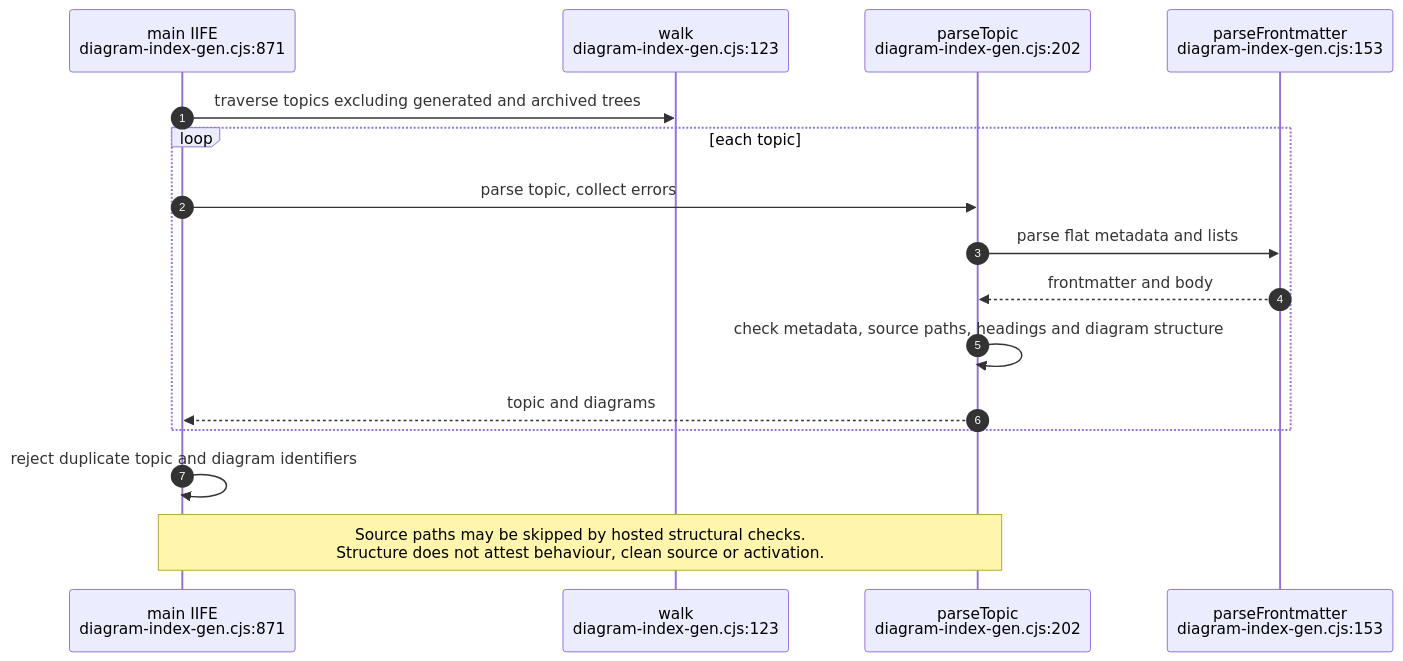
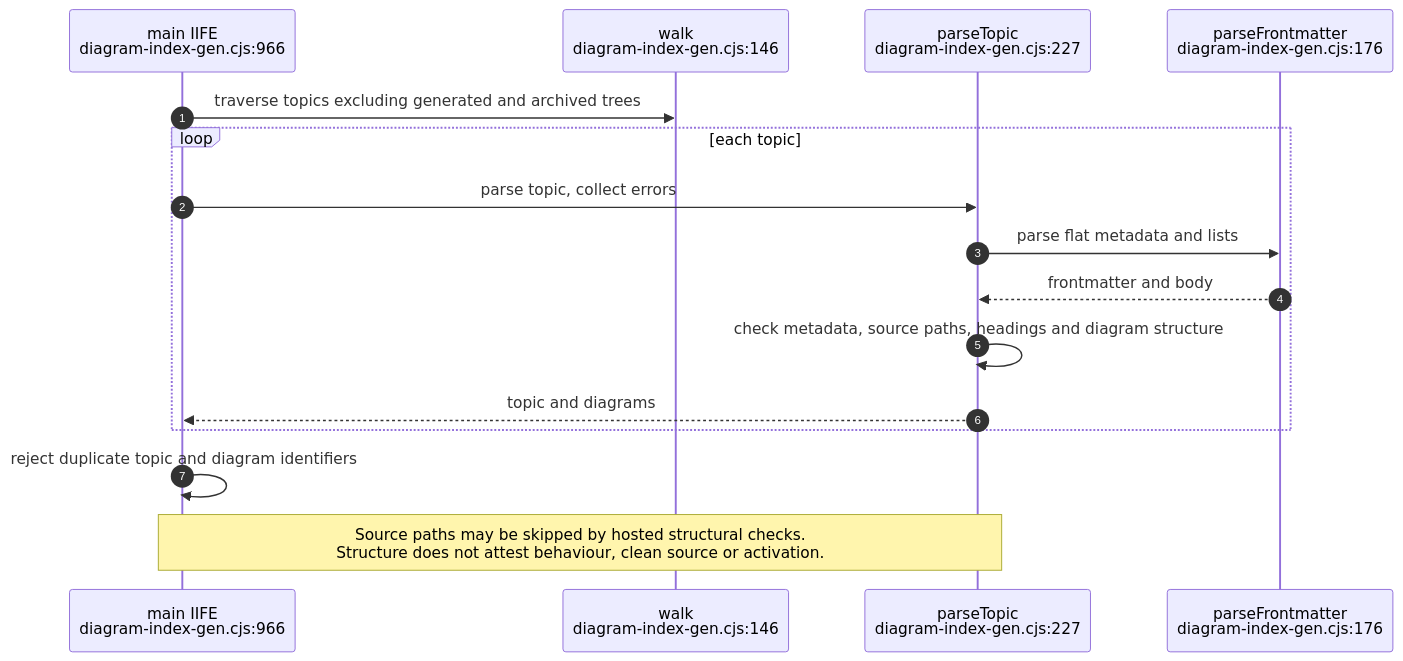
Before and after one commit to DreamLab-AI/VisionFlow: the eighth of 16 diagrams in docs/diagrams/visionflow/06-diagram-tooling.md, drawn with Mermaid. The commit also changed other lines of this file and 2 other files, not shown here.

First line of the commit message:
docs(diagrams): visionflow pass B at VisionFlow dae9ac0 (PRs #43, #44, #45)

````diff
--- a/docs/diagrams/visionflow/06-diagram-tooling.md
+++ b/docs/diagrams/visionflow/06-diagram-tooling.md
@@ -272,18 +278,18 @@
 ```mermaid
 sequenceDiagram
     autonumber
-    participant CLI as main IIFE<br/>diagram-index-gen.cjs:871
-    participant W as walk<br/>diagram-index-gen.cjs:123
-    participant P as parseTopic<br/>diagram-index-gen.cjs:202
-    participant F as parseFrontmatter<br/>diagram-index-gen.cjs:153
+    participant CLI as main IIFE<br/>diagram-index-gen.cjs:966
+    participant W as walk<br/>diagram-index-gen.cjs:146
+    participant P as parseTopic<br/>diagram-index-gen.cjs:227
+    participant F as parseFrontmatter<br/>diagram-index-gen.cjs:176
     CLI->>W: traverse topics excluding generated and archived trees
     loop each topic
         CLI->>P: parse topic, collect errors
         P->>F: parse flat metadata and lists
         F-->>P: frontmatter and body
         P->>P: check metadata, source paths, headings and diagram structure
         P-->>CLI: topic and diagrams
     end
     CLI->>CLI: reject duplicate topic and diagram identifiers
     Note over CLI,P: Source paths may be skipped by hosted structural checks.<br/>Structure does not attest behaviour, clean source or activation.
 ```
````
